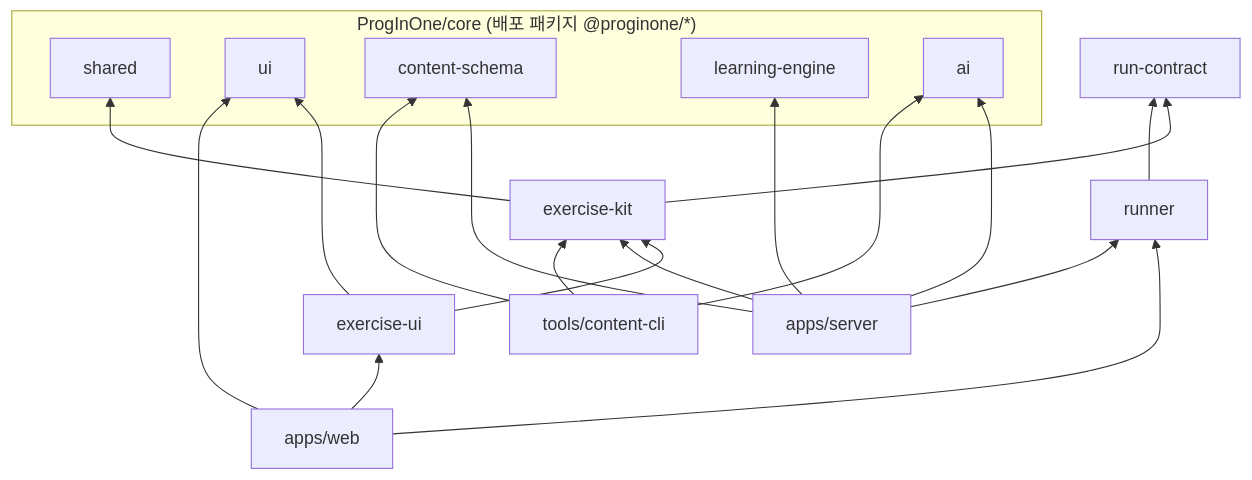
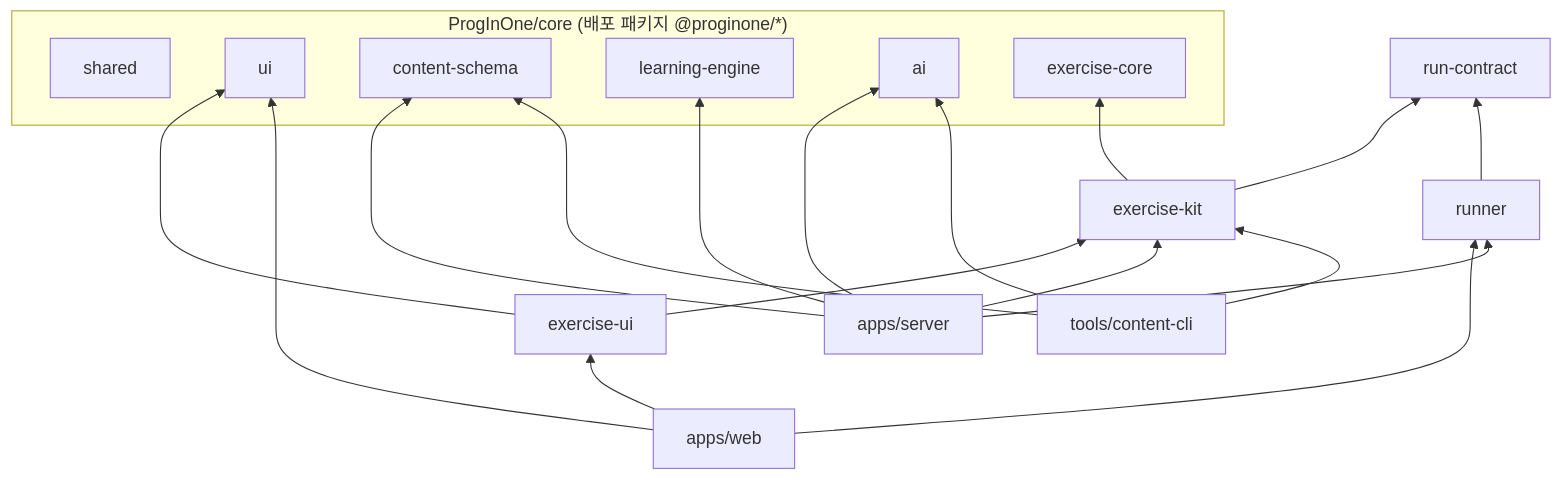
The second of 4 diagrams in docs/design/system-architecture.md (ProgInOne/javascript), drawn with Mermaid before and after one commit. The commit also changed other lines of this file and 46 other files, not shown here.

First line of the commit message:
refactor(exercise-kit): 공통 유형 틀·레지스트리·템플릿을 @proginone/exercise-core로 (#35)

````diff
--- a/docs/design/system-architecture.md
+++ b/docs/design/system-architecture.md
@@ -138,27 +138,28 @@
 ```mermaid
 flowchart BT
     subgraph core["ProgInOne/core (배포 패키지 @proginone/*)"]
         shared
         ui
         contentschema[content-schema]
         engine[learning-engine]
         ai
+        exercisecore[exercise-core]
     end
     runcontract[run-contract]
-    exercisekit[exercise-kit] --> shared
+    exercisekit[exercise-kit] --> exercisecore
     exercisekit --> runcontract
     exerciseui[exercise-ui] --> exercisekit
     exerciseui --> ui
     runner --> runcontract
     web[apps/web] --> ui
     web --> exerciseui
     web --> runner
     server[apps/server] --> runner
     server --> engine
     server --> ai
     server --> exercisekit
     server --> contentschema
     cli[tools/content-cli] --> contentschema
     cli --> exercisekit
     cli --> ai
 ```
````
